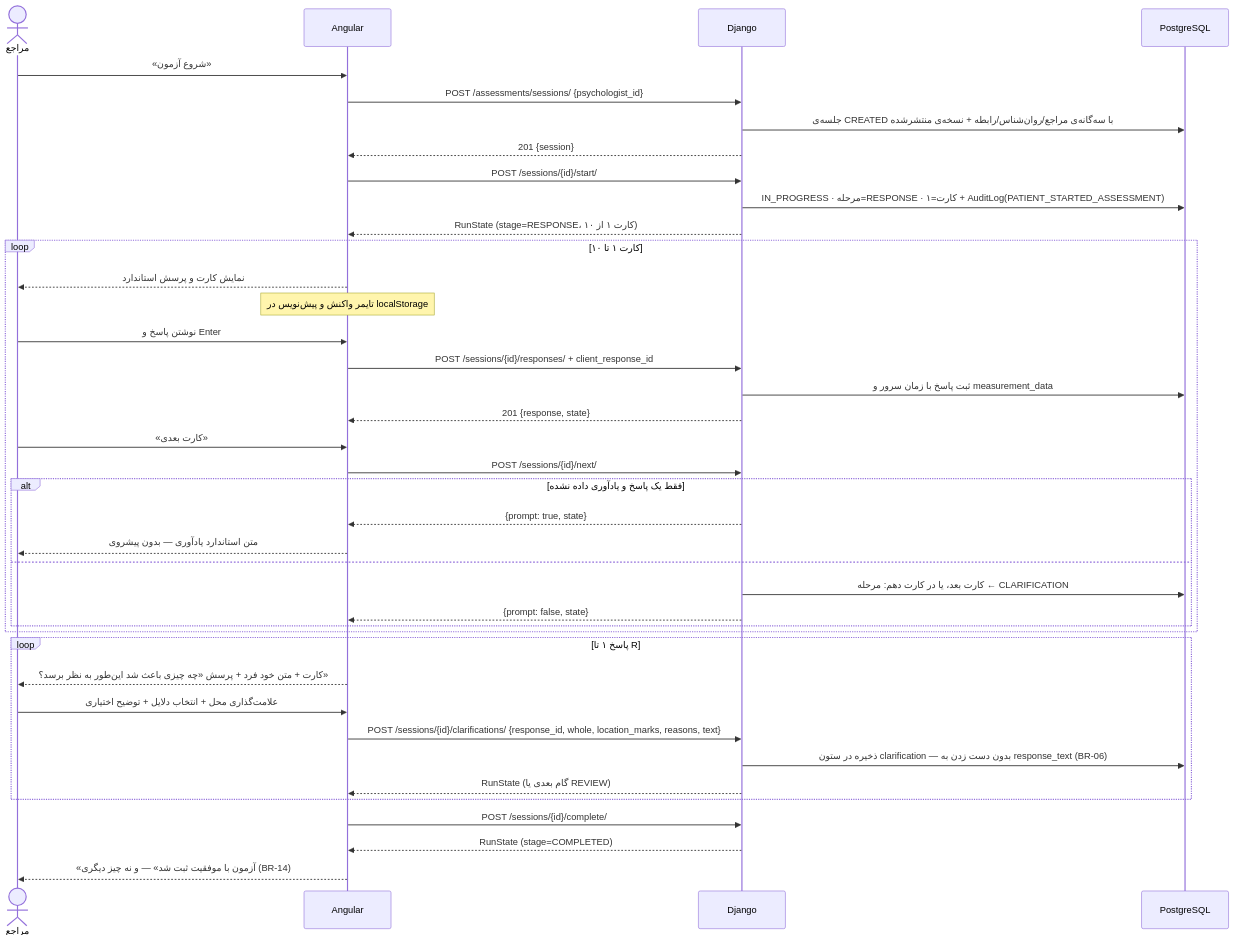
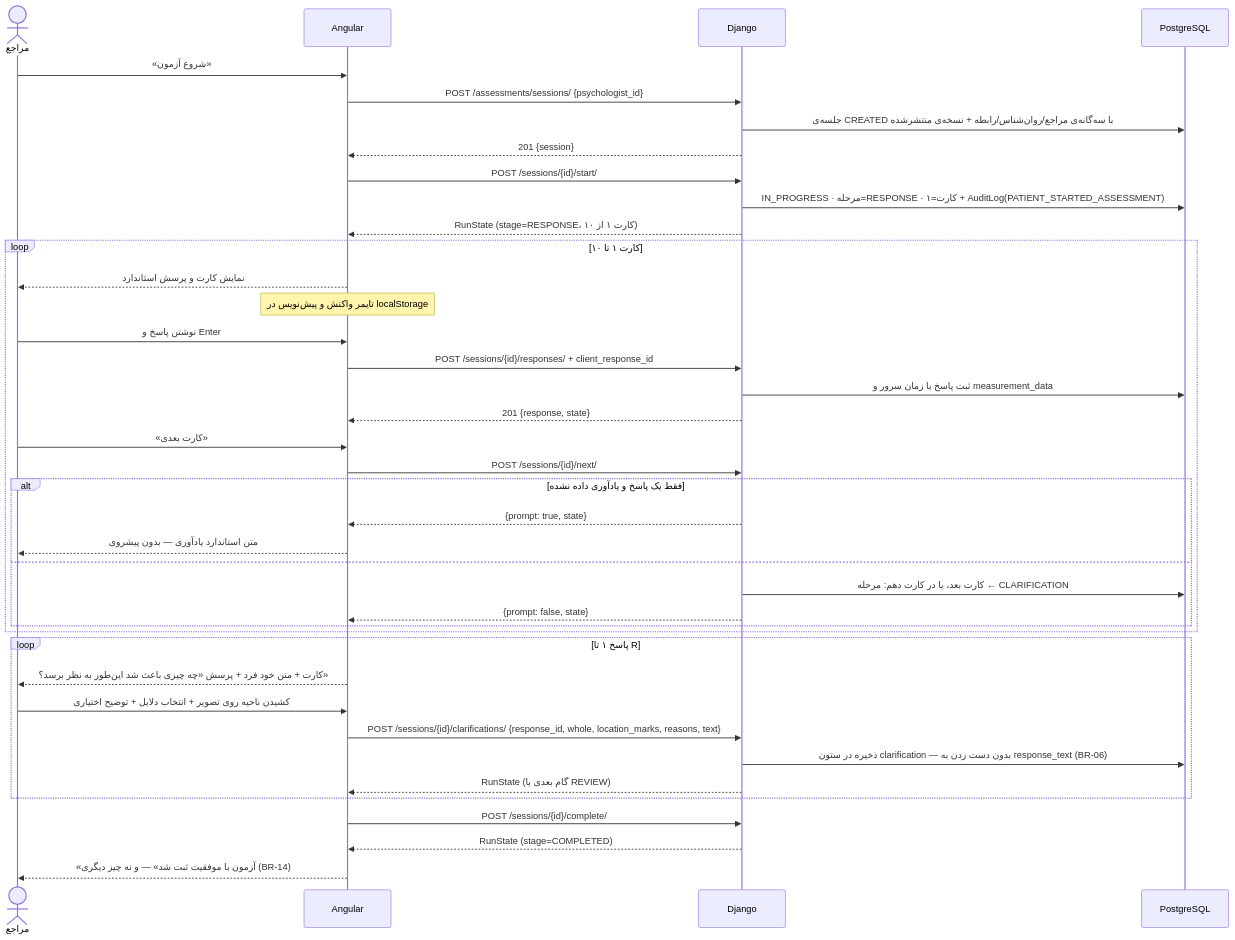
The fourth of 13 diagrams in documentation/05-sequence-diagrams.md (elmkhah/rorschach), drawn with Mermaid before and after one commit. The commit also changed 21 other files, not shown here.

````diff
--- a/documentation/05-sequence-diagrams.md
+++ b/documentation/05-sequence-diagrams.md
@@ -105,46 +105,46 @@
 ```mermaid
 sequenceDiagram
     actor P as مراجع
     participant FE as Angular
     participant BE as Django
     participant DB as PostgreSQL
 
     P->>FE: «شروع آزمون»
     FE->>BE: POST /assessments/sessions/ {psychologist_id}
     BE->>DB: جلسه‌ی CREATED با سه‌گانه‌ی مراجع/روان‌شناس/رابطه + نسخه‌ی منتشرشده
     BE-->>FE: 201 {session}
 
     FE->>BE: POST /sessions/{id}/start/
     BE->>DB: IN_PROGRESS · مرحله=RESPONSE · کارت=۱ + AuditLog(PATIENT_STARTED_ASSESSMENT)
     BE-->>FE: RunState (stage=RESPONSE، کارت ۱ از ۱۰)
 
     loop کارت ۱ تا ۱۰
         FE-->>P: نمایش کارت و پرسش استاندارد
         Note over FE: تایمر واکنش و پیش‌نویس در localStorage
         P->>FE: نوشتن پاسخ و Enter
         FE->>BE: POST /sessions/{id}/responses/ + client_response_id
         BE->>DB: ثبت پاسخ با زمان سرور و measurement_data
         BE-->>FE: 201 {response, state}
         P->>FE: «کارت بعدی»
         FE->>BE: POST /sessions/{id}/next/
         alt فقط یک پاسخ و یادآوری داده نشده
             BE-->>FE: {prompt: true, state}
             FE-->>P: متن استاندارد یادآوری — بدون پیشروی
         else
             BE->>DB: کارت بعد، یا در کارت دهم: مرحله ← CLARIFICATION
             BE-->>FE: {prompt: false, state}
         end
     end
 
     loop پاسخ ۱ تا R
         FE-->>P: کارت + متن خود فرد + پرسش «چه چیزی باعث شد این‌طور به نظر برسد؟»
-        P->>FE: علامت‌گذاری محل + انتخاب دلایل + توضیح اختیاری
+        P->>FE: کشیدن ناحیه روی تصویر + انتخاب دلایل + توضیح اختیاری
         FE->>BE: POST /sessions/{id}/clarifications/ {response_id, whole, location_marks, reasons, text}
         BE->>DB: ذخیره در ستون clarification — بدون دست زدن به response_text (BR-06)
         BE-->>FE: RunState (گام بعدی یا REVIEW)
     end
 
     FE->>BE: POST /sessions/{id}/complete/
     BE-->>FE: RunState (stage=COMPLETED)
     FE-->>P: «آزمون با موفقیت ثبت شد» — و نه چیز دیگری (BR-14)
 ```
````
